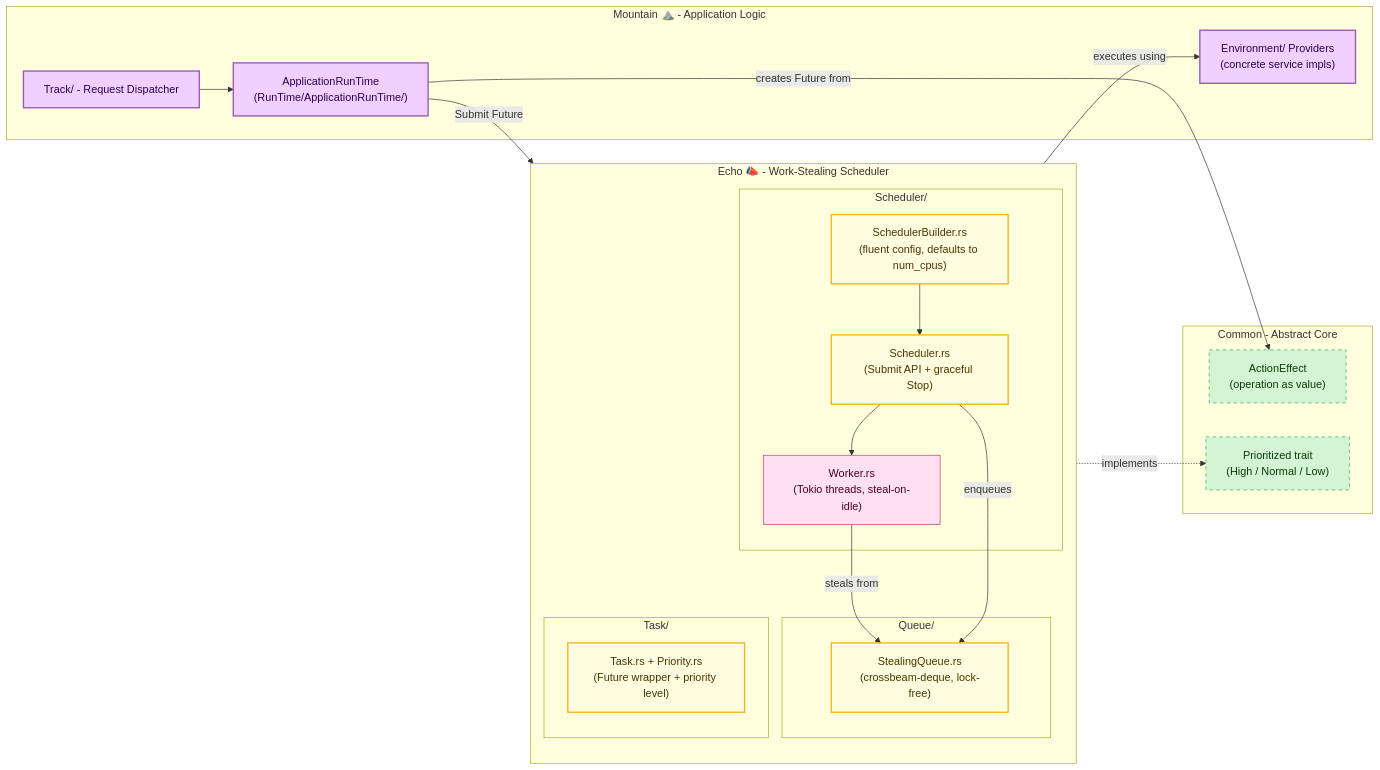
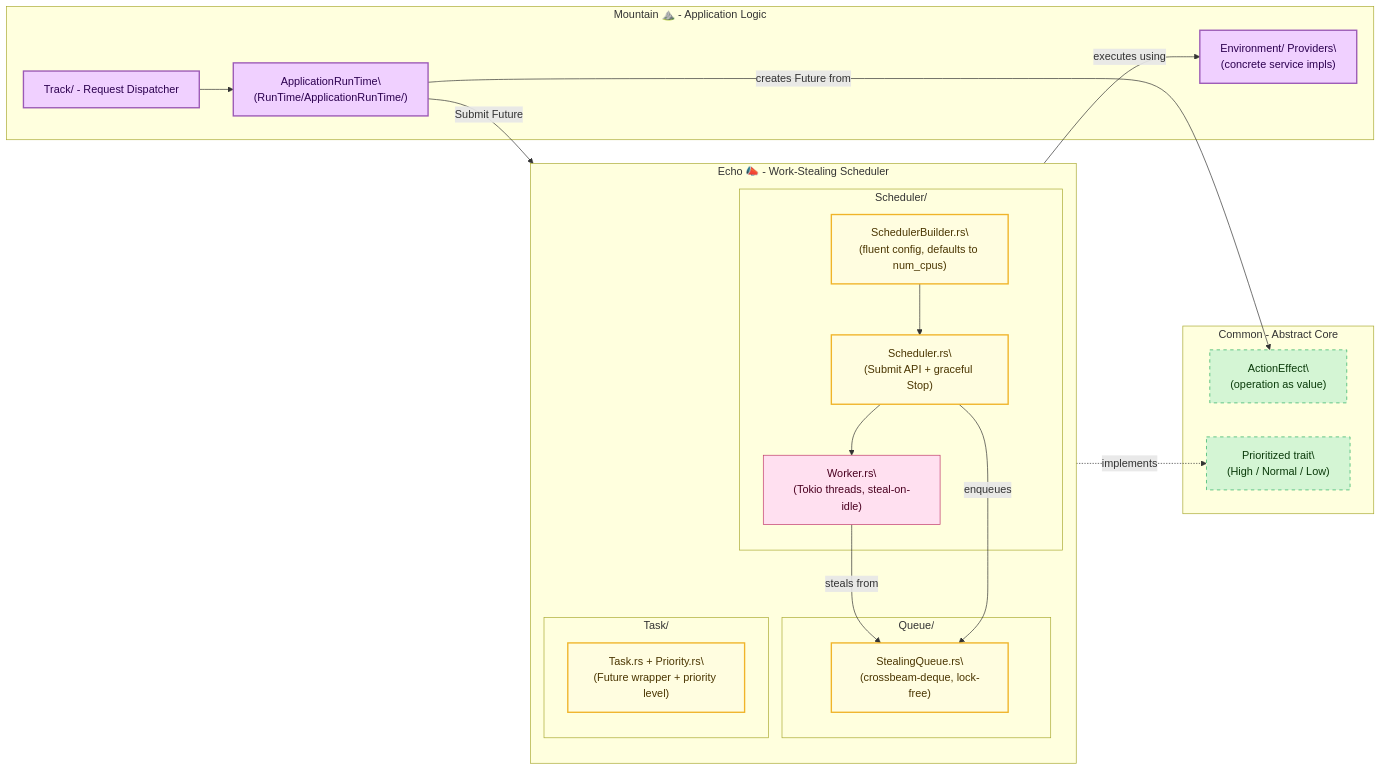
The diagram in README.md (CodeEditorLand/Echo), drawn with Mermaid before and after one commit. The commit also changed other lines of this file, not shown here.

First line of the commit message:
docs(Echo): Replace GitHub badges with concise branding header and normalize emoji spacing

````diff
--- a/README.md
+++ b/README.md
@@ -117,44 +111,44 @@
 ```mermaid
 graph LR
     classDef common   fill:#d4f5d4,stroke:#27ae60,stroke-width:1px,stroke-dasharray:5 5,color:#0a3a0a;
     classDef mountain fill:#f0d0ff,stroke:#9b59b6,stroke-width:2px,color:#2c0050;
     classDef echo     fill:#fffde0,stroke:#f0b429,stroke-width:2px,color:#4a3500;
     classDef worker   fill:#ffe0f0,stroke:#c0396a,stroke-width:1px,color:#4a0020;
 
     subgraph COMMON["Common - Abstract Core"]
-        ActionEffect["ActionEffect\n(operation as value)"]:::common
-        Prioritized["Prioritized trait\n(High / Normal / Low)"]:::common
+        ActionEffect["ActionEffect\\n(operation as value)"]:::common
+        Prioritized["Prioritized trait\\n(High / Normal / Low)"]:::common
     end
 
     subgraph MOUNTAIN["Mountain ⛰️ - Application Logic"]
         Track["Track/ - Request Dispatcher"]:::mountain
-        AppRunTime["ApplicationRunTime\n(RunTime/ApplicationRunTime/)"]:::mountain
-        MountainEnv["Environment/ Providers\n(concrete service impls)"]:::mountain
+        AppRunTime["ApplicationRunTime\\n(RunTime/ApplicationRunTime/)"]:::mountain
+        MountainEnv["Environment/ Providers\\n(concrete service impls)"]:::mountain
         Track --> AppRunTime
     end
 
     subgraph ECHO["Echo 📣 - Work-Stealing Scheduler"]
         direction TB
         subgraph SCHEDULER["Scheduler/"]
-            SchedBuilder["SchedulerBuilder.rs\n(fluent config, defaults to num_cpus)"]:::echo
-            SchedCore["Scheduler.rs\n(Submit API + graceful Stop)"]:::echo
-            Workers["Worker.rs\n(Tokio threads, steal-on-idle)"]:::worker
+            SchedBuilder["SchedulerBuilder.rs\\n(fluent config, defaults to num_cpus)"]:::echo
+            SchedCore["Scheduler.rs\\n(Submit API + graceful Stop)"]:::echo
+            Workers["Worker.rs\\n(Tokio threads, steal-on-idle)"]:::worker
             SchedBuilder --> SchedCore
             SchedCore --> Workers
         end
         subgraph QUEUE["Queue/"]
-            StealQ["StealingQueue.rs\n(crossbeam-deque, lock-free)"]:::echo
+            StealQ["StealingQueue.rs\\n(crossbeam-deque, lock-free)"]:::echo
         end
         subgraph TASK["Task/"]
-            TaskDef["Task.rs + Priority.rs\n(Future wrapper + priority level)"]:::echo
+            TaskDef["Task.rs + Priority.rs\\n(Future wrapper + priority level)"]:::echo
         end
 
         Workers -- steals from --> StealQ
         SchedCore -- enqueues --> StealQ
         TaskDef -.implements.-> Prioritized
     end
 
     AppRunTime -- creates Future from --> ActionEffect
     AppRunTime -- Submit Future --> SchedCore
     Workers -- executes using --> MountainEnv
 ```
````
